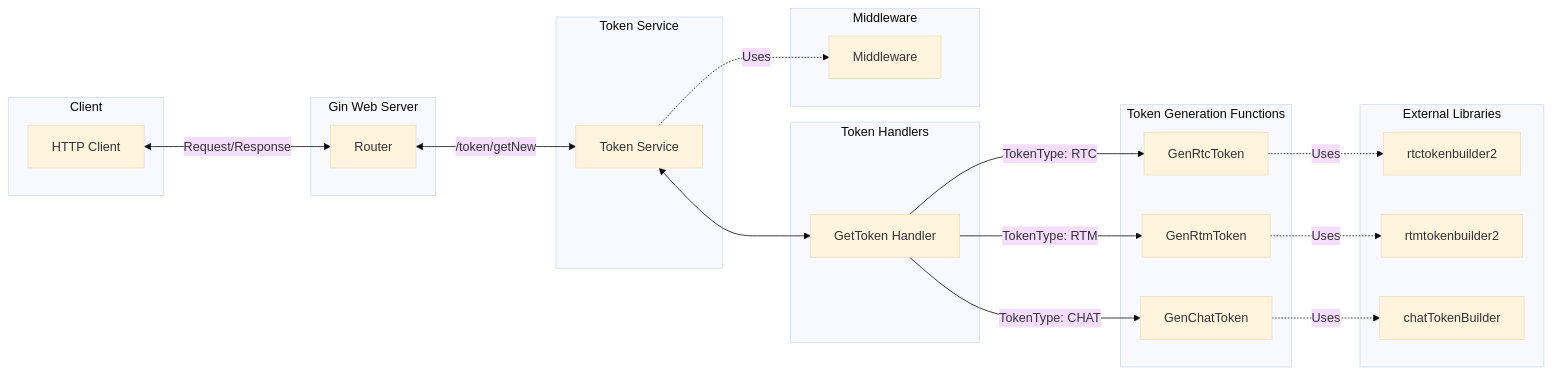
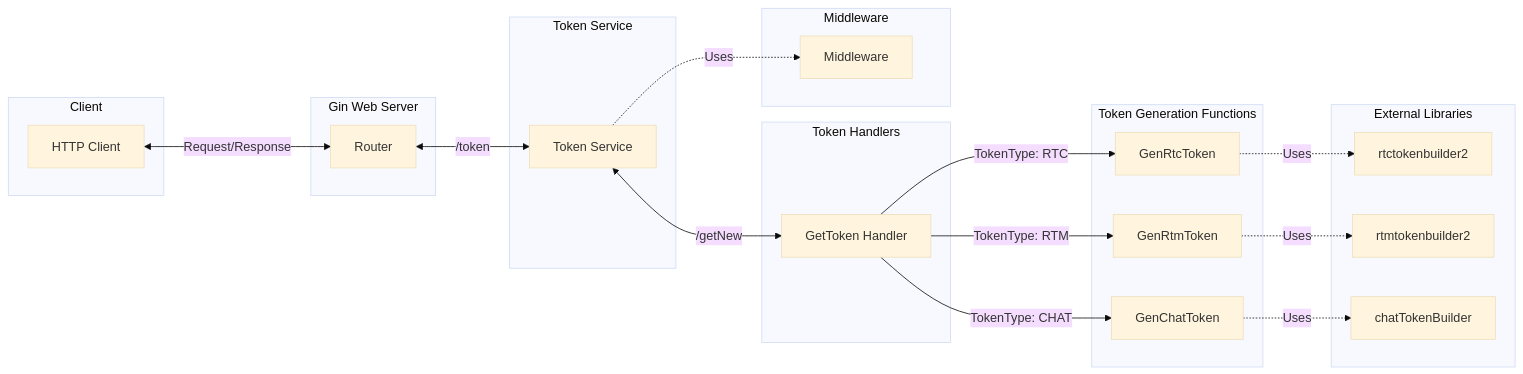
One commit to AgoraIO-Community/agora-go-backend-middleware changed the diagram in DOCS/Architectures/Token_Flow.md. Above: the diagram before and after it, drawn with Mermaid (base theme).

Commit message:
updated flow

````diff
--- a/DOCS/Architectures/Token_Flow.md
+++ b/DOCS/Architectures/Token_Flow.md
@@ -3,48 +3,48 @@
 ```mermaid
 flowchart LR
     subgraph Client
         A[HTTP Client]
     end
 
     subgraph "Gin Web Server"
         B[Router]
     end
 
     subgraph "Token Service"
         C[Token Service]
     end
 
     subgraph "Token Handlers"
         F1[GetToken Handler]
     end
 
     subgraph "Token Generation Functions"
         G1[GenRtcToken]
         G2[GenRtmToken]
         G3[GenChatToken]
     end
 
     subgraph "External Libraries"
         E1[rtctokenbuilder2]
         E2[rtmtokenbuilder2]
         E3[chatTokenBuilder]
     end
 
     subgraph "Middleware"
         I[Middleware]
     end
 
     A <-->|Request/Response| B
-    B <-->|/token/getNew| C
-    C <--> F1
+    B <-->|/token| C
+    C <--> |/getNew| F1
     F1 -->|TokenType: RTC | G1
     F1 -->|TokenType: RTM | G2
     F1 -->|TokenType: CHAT | G3
     G1 -.->|Uses| E1
     G2 -.->|Uses| E2
     G3 -.->|Uses| E3
     C -.->|Uses| I
 
     classDef request fill:#f9f,stroke:#333,stroke-width:2px;
     classDef response fill:#bbf,stroke:#333,stroke-width:2px;
 ```
````
